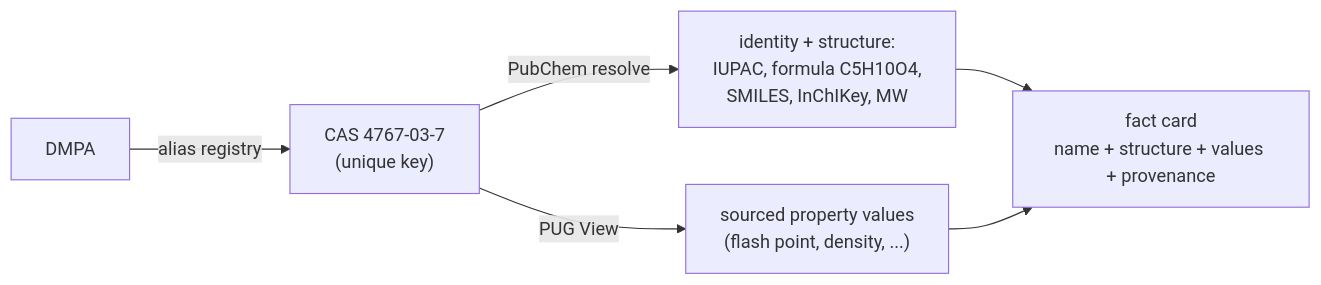
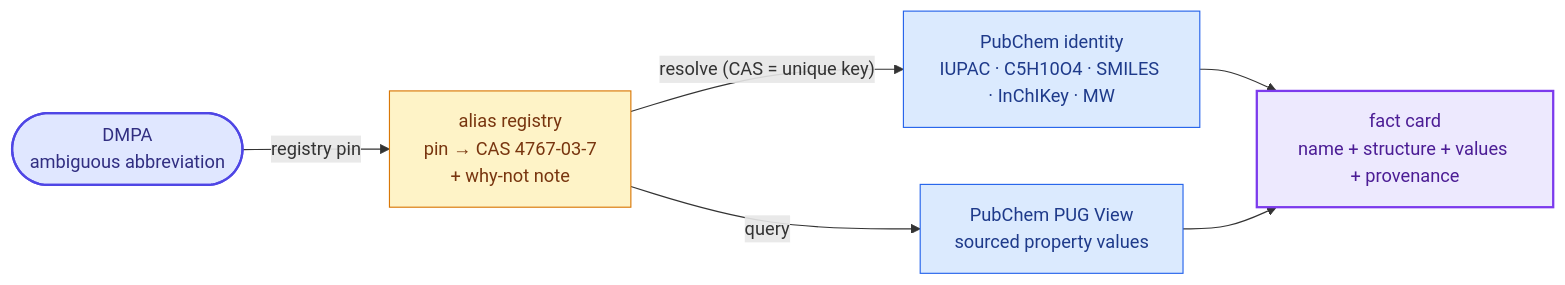
The second of 4 diagrams in README.md (CL4Y68/chemfacts), drawn with Mermaid before and after one commit. The commit also changed other lines of this file and 1 other file, not shown here.

First line of the commit message:
beautify README diagrams: semantic color palette + node shapes + grouping

````diff
--- a/README.md
+++ b/README.md
@@ -69,8 +90,24 @@
 ```mermaid
 flowchart LR
-    A["DMPA"] -->|alias registry| B["CAS 4767-03-7<br/>(unique key)"]
-    B -->|PubChem resolve| C["identity + structure:<br/>IUPAC, formula C5H10O4,<br/>SMILES, InChIKey, MW"]
-    B -->|PUG View| D["sourced property values<br/>(flash point, density, ...)"]
-    C --> E["fact card<br/>name + structure + values + provenance"]
+    A(["DMPA<br/>ambiguous abbreviation"]):::io
+    B["alias registry<br/>pin → CAS 4767-03-7<br/>+ why-not note"]:::decide
+    C["PubChem identity<br/>IUPAC · C5H10O4 · SMILES · InChIKey · MW"]:::proc
+    D["PubChem PUG View<br/>sourced property values"]:::proc
+    E["fact card<br/>name + structure + values + provenance"]:::card
+
+    A -- "registry pin" --> B
+    B -- "resolve (CAS = unique key)" --> C
+    B -- "query" --> D
+    C --> E
     D --> E
+    classDef io      fill:#e0e7ff,stroke:#4f46e5,stroke-width:2px,color:#312e81
+    classDef proc    fill:#dbeafe,stroke:#2563eb,color:#1e3a8a
+    classDef decide  fill:#fef3c7,stroke:#d97706,color:#78350f
+    classDef store   fill:#d1fae5,stroke:#059669,color:#064e3b
+    classDef ok      fill:#bbf7d0,stroke:#16a34a,stroke-width:2px,color:#14532d
+    classDef warn    fill:#fecaca,stroke:#dc2626,stroke-width:2px,color:#7f1d1d
+    classDef plain   fill:#e2e8f0,stroke:#64748b,color:#334155
+    classDef card   fill:#ede9fe,stroke:#7c3aed,stroke-width:2px,color:#4c1d95
+    classDef mcp    fill:#cffafe,stroke:#0891b2,color:#164e63
+    classDef ext    fill:#f8fafc,stroke:#94a3b8,stroke-dasharray:5 4,color:#475569
 ```
````
